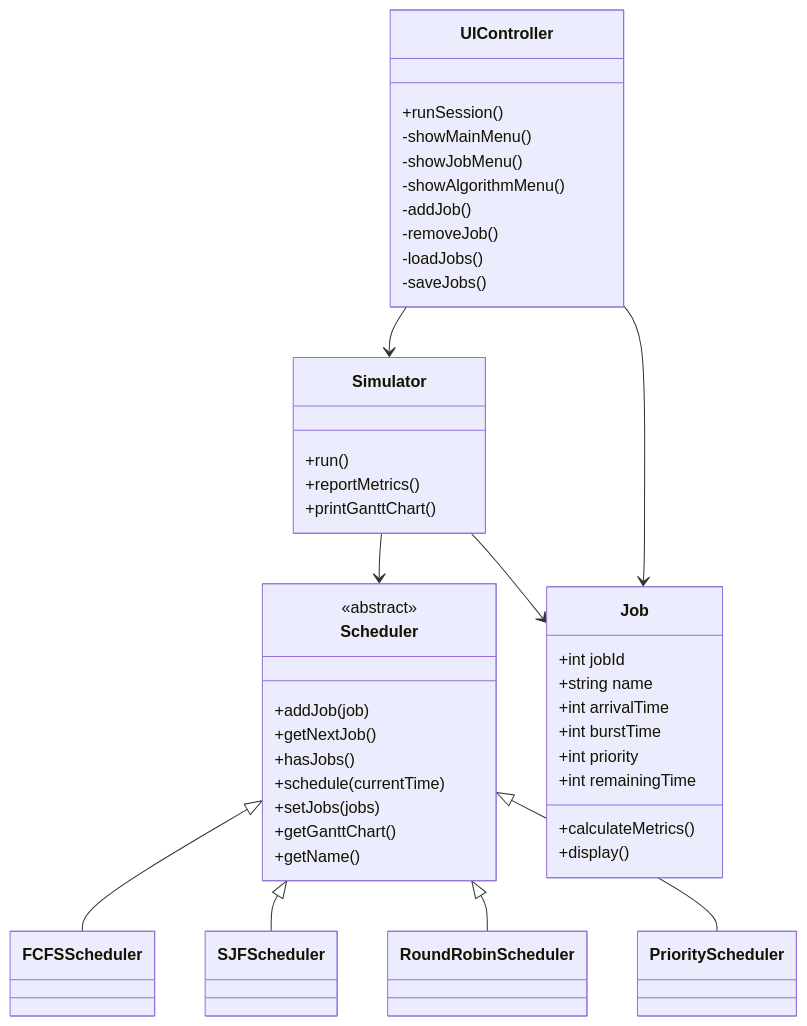
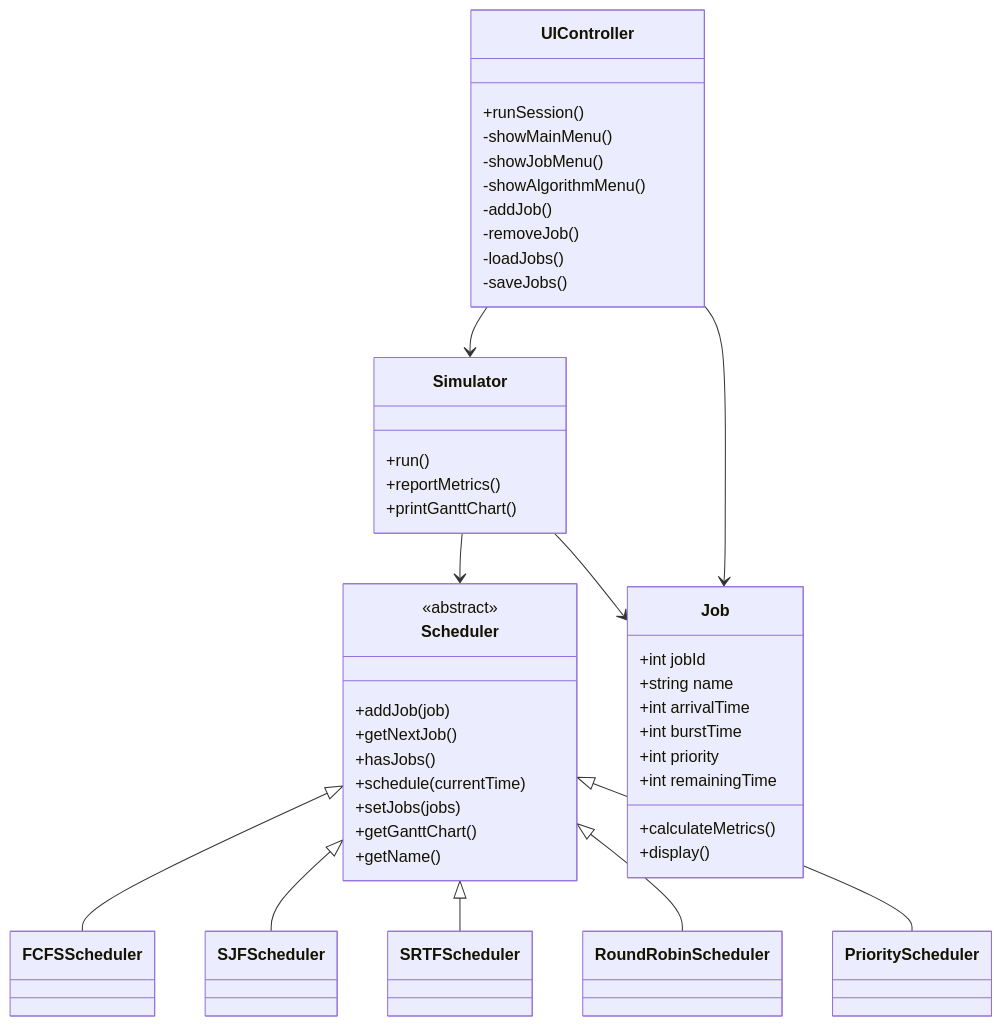
The first of 2 diagrams in README.md (17kaushalsingh/Job-Scheduling-Algorithms), drawn with Mermaid before and after one commit. The commit also changed other lines of this file and 21 other files, not shown here.

````diff
--- a/README.md
+++ b/README.md
@@ -184,51 +172,52 @@
 ```mermaid
 classDiagram
     class Scheduler {
         <<abstract>>
         +addJob(job)
         +getNextJob()
         +hasJobs()
         +schedule(currentTime)
         +setJobs(jobs)
         +getGanttChart()
         +getName()
     }
 
     class Job {
         +int jobId
         +string name
         +int arrivalTime
         +int burstTime
         +int priority
         +int remainingTime
         +calculateMetrics()
         +display()
     }
 
     class Simulator {
         +run()
         +reportMetrics()
         +printGanttChart()
     }
 
     class UIController {
         +runSession()
         -showMainMenu()
         -showJobMenu()
         -showAlgorithmMenu()
         -addJob()
         -removeJob()
         -loadJobs()
         -saveJobs()
     }
 
     Scheduler <|-- FCFSScheduler
     Scheduler <|-- SJFScheduler
+    Scheduler <|-- SRTFScheduler
     Scheduler <|-- RoundRobinScheduler
     Scheduler <|-- PriorityScheduler
 
     Simulator --> Scheduler
     Simulator --> Job
     UIController --> Simulator
     UIController --> Job
 ```
````
